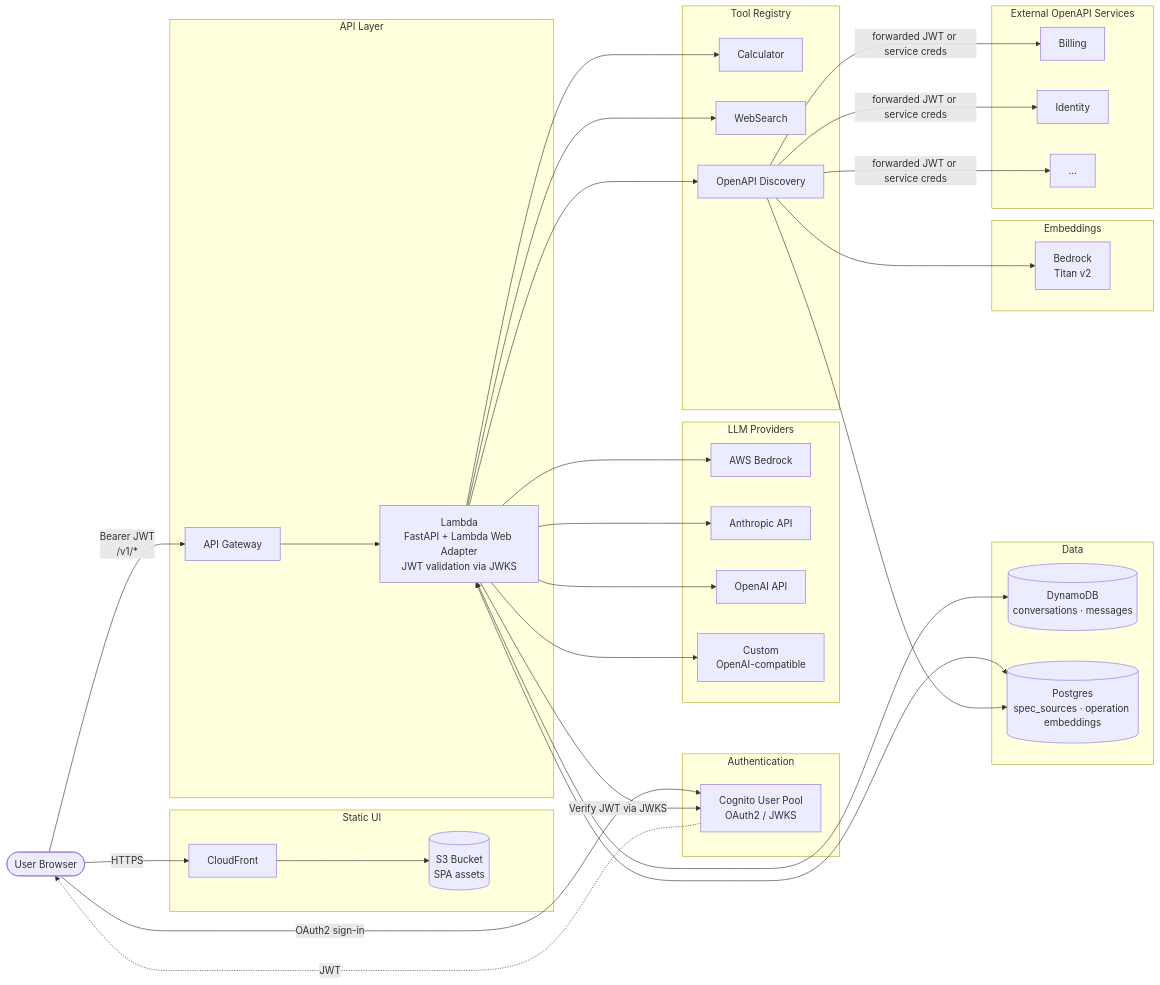
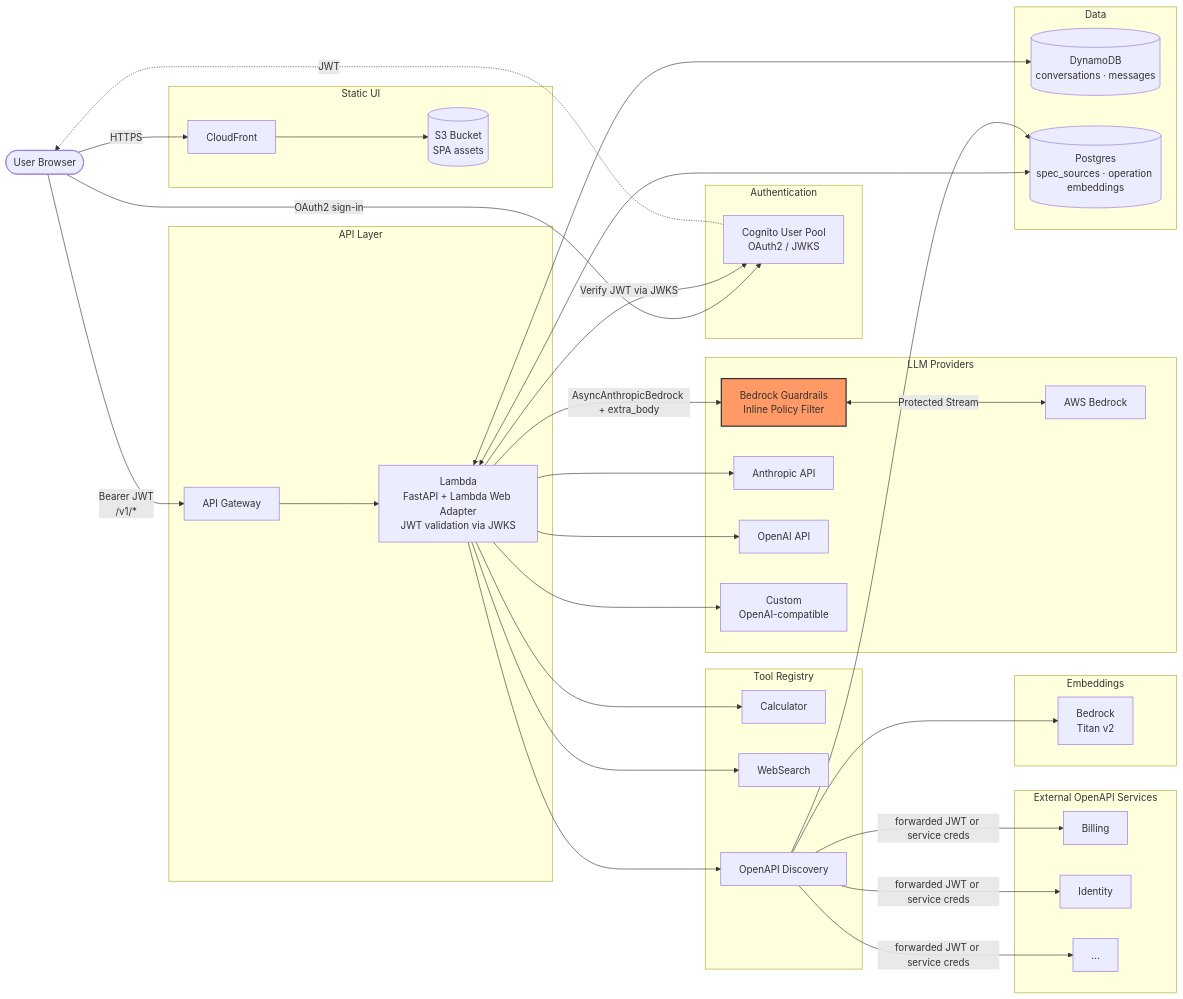
One commit to derekvasilich/lambda-chat-agent changed the diagram in README.md. Above: the diagram before and after it, drawn with Mermaid. The commit also changed other lines of this file and 1 other file, not shown here.

````diff
--- a/README.md
+++ b/README.md
@@ -7,68 +7,76 @@
 ```mermaid
 flowchart LR
     User([User Browser])
 
     subgraph Frontend["Static UI"]
         CF[CloudFront]
         S3[(S3 Bucket<br/>SPA assets)]
     end
 
     subgraph Auth["Authentication"]
         Cognito[Cognito User Pool<br/>OAuth2 / JWKS]
     end
 
     subgraph API["API Layer"]
         APIGW[API Gateway]
         Lambda[Lambda<br/>FastAPI + Lambda Web Adapter<br/>JWT validation via JWKS]
     end
 
     subgraph Data["Data"]
         DDB[(DynamoDB<br/>conversations · messages)]
         PG[(Postgres<br/>spec_sources · operation embeddings)]
     end
 
     subgraph LLMs["LLM Providers"]
+        Guardrails[Bedrock Guardrails<br/>Inline Policy Filter]
         Bedrock[AWS Bedrock]
         Anthropic[Anthropic API]
         OpenAI[OpenAI API]
         Custom[Custom<br/>OpenAI-compatible]
     end
 
     subgraph Embed["Embeddings"]
         Titan[Bedrock<br/>Titan v2]
     end
 
     subgraph Tools["Tool Registry"]
         Calc[Calculator]
         Web[WebSearch]
         OD[OpenAPI Discovery]
     end
 
     subgraph Specs["External OpenAPI Services"]
         Svc1[Billing]
         Svc2[Identity]
         SvcN[...]
     end
 
     User -->|HTTPS| CF
     CF --> S3
     User -->|OAuth2 sign-in| Cognito
     Cognito -. JWT .-> User
     User -->|Bearer JWT<br/>/v1/*| APIGW
     APIGW --> Lambda
     Lambda -->|Verify JWT via JWKS| Cognito
     Lambda <--> DDB
     Lambda <--> PG
-    Lambda --> Bedrock
+    
+    %% Updated Routing for Inline Guardrail Protection
+    Lambda -->|AsyncAnthropicBedrock + extra_body| Guardrails
+    Guardrails <-->|Protected Stream| Bedrock
+    
     Lambda --> Anthropic
     Lambda --> OpenAI
     Lambda --> Custom
     Lambda --> Calc
     Lambda --> Web
     Lambda --> OD
     OD --> PG
     OD --> Titan
     OD -->|forwarded JWT or service creds| Svc1
     OD -->|forwarded JWT or service creds| Svc2
     OD -->|forwarded JWT or service creds| SvcN
+
+    %% Visual Styling Anchor for Security Node
+    style Guardrails fill:#f96,stroke:#333,stroke-width:2px;
 ```
````
